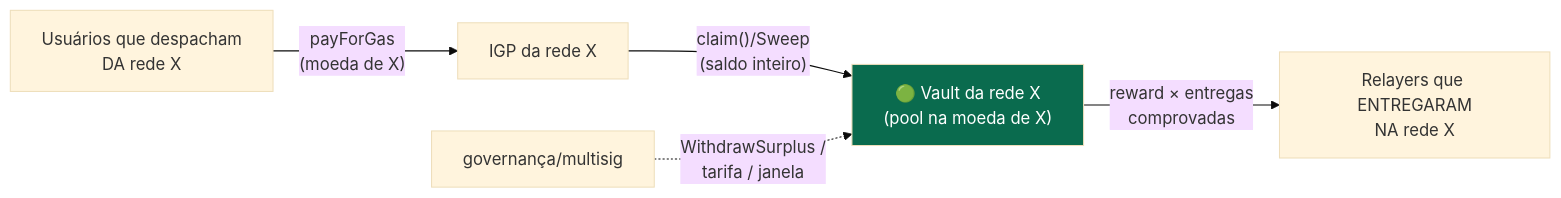
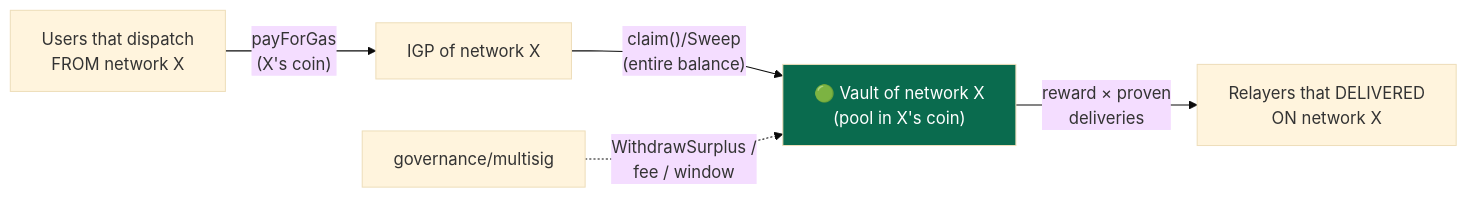
One commit to terra-classic-hyperlane/proof-of-delivery changed the third of 9 diagrams in docs/ARQUITETURA.md. Above: the diagram before and after it, drawn with Mermaid (base theme). The commit also changed other lines of this file and 29 other files, not shown here.

````diff
--- a/docs/ARQUITETURA.md
+++ b/docs/ARQUITETURA.md
@@ -103,8 +103,8 @@
 ```mermaid
 flowchart LR
-    U1["Usuários que despacham<br/>DA rede X"] -- "payForGas<br/>(moeda de X)" --> IGP["IGP da rede X"]
-    IGP -- "claim()/Sweep<br/>(saldo inteiro)" --> POOL["🟢 Vault da rede X<br/>(pool na moeda de X)"]
-    POOL -- "reward × entregas<br/>comprovadas" --> REL["Relayers que ENTREGARAM<br/>NA rede X"]
-    GOVx["governança/multisig"] -. "WithdrawSurplus /<br/>tarifa / janela" .-> POOL
+    U1["Users that dispatch<br/>FROM network X"] -- "payForGas<br/>(X's coin)" --> IGP["IGP of network X"]
+    IGP -- "claim()/Sweep<br/>(entire balance)" --> POOL["🟢 Vault of network X<br/>(pool in X's coin)"]
+    POOL -- "reward × proven<br/>deliveries" --> REL["Relayers that DELIVERED<br/>ON network X"]
+    GOVx["governance/multisig"] -. "WithdrawSurplus /<br/>fee / window" .-> POOL
     style POOL fill:#0a6b4e,color:#fff
 ```
````
